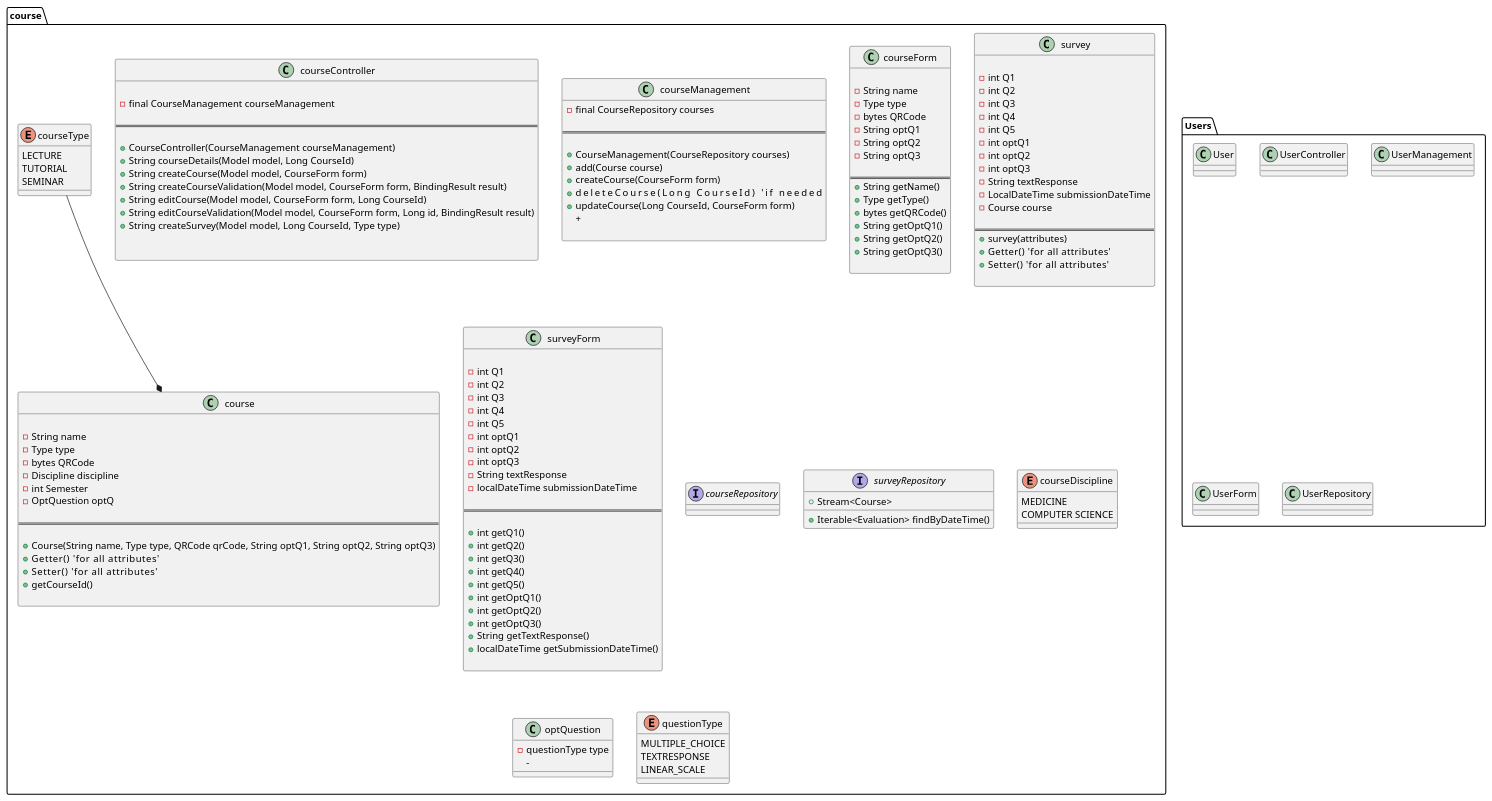
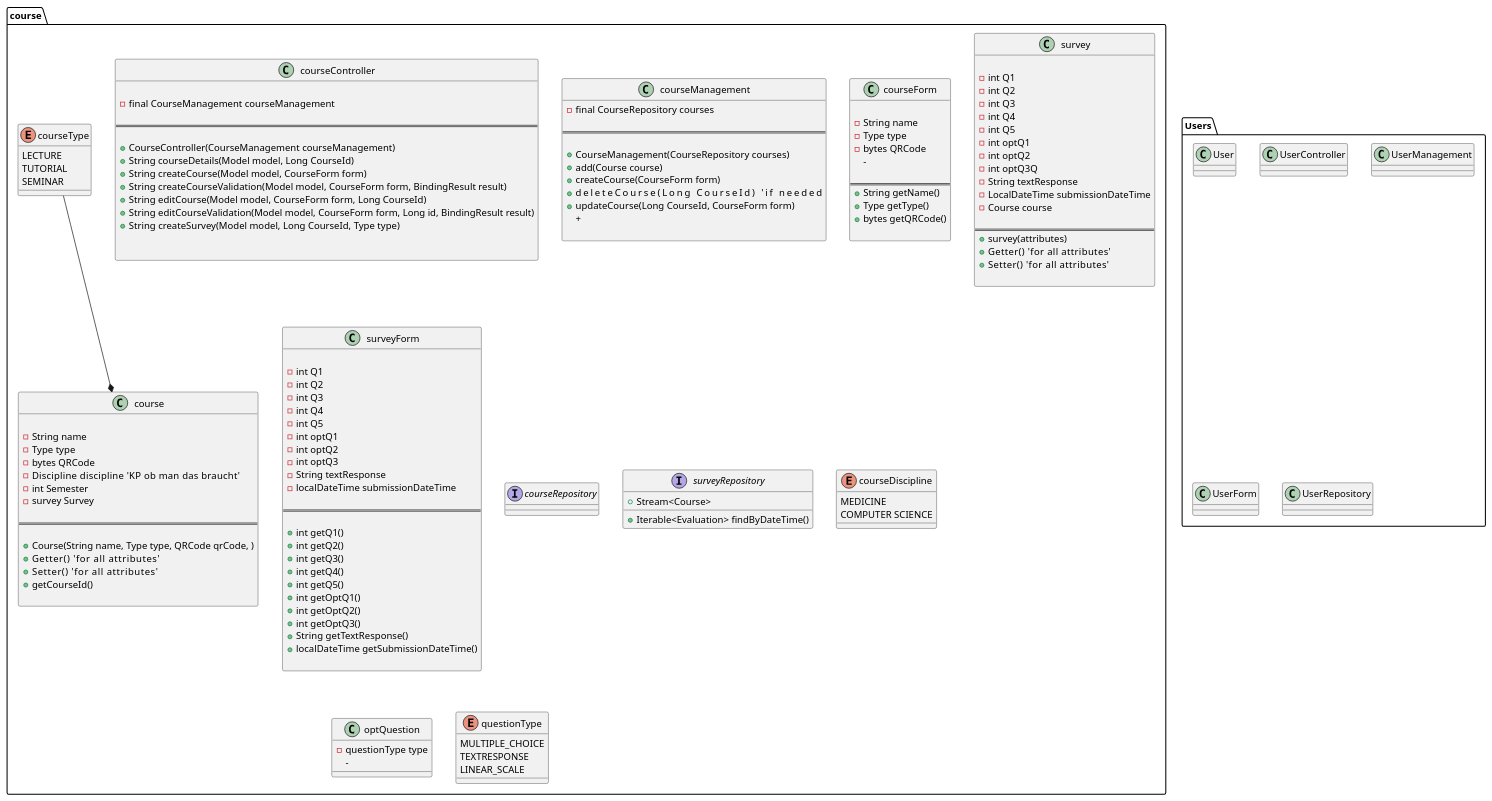
One commit to Elocien/QOVA changed the diagram in src/main/documentation/diagrams/src/architecture_overview.wsd. Above: the diagram before and after it, drawn with PlantUML. The commit also changed 1 other file, not shown here.

```diff
--- a/src/main/documentation/diagrams/src/architecture_overview.wsd
+++ b/src/main/documentation/diagrams/src/architecture_overview.wsd
@@ -29,9 +29,9 @@
         - String name
         - Type type
         - bytes QRCode
-        - Discipline discipline
+        - Discipline discipline     'KP ob man das braucht'
         - int Semester 
-        - OptQuestion optQ 
+        - survey Survey
 
         ' + Long UserId?            Die würde dann beim erstellen mitgegeben werden, damit man dann einen kurs immer
         '                           einen besitzer zuweisen kann. Weiß aber nicht wie das mit den schibole login dann 
@@ -39,7 +39,7 @@
 ==
 
         'Constructor'
-        + Course(String name, Type type, QRCode qrCode, String optQ1, String optQ2, String optQ3)
+        + Course(String name, Type type, QRCode qrCode, )
         + Getter()       'for all attributes' 
         + Setter()       'for all attributes' 
         + getCourseId()
@@ -101,17 +101,12 @@
         - String name
         - Type type
         - bytes QRCode
-        - String optQ1
-        - String optQ2
-        - String optQ3
+        -
 
 ==
         + String getName()
         + Type getType()
         + bytes getQRCode()
-        + String getOptQ1()
-        + String getOptQ2()
-        + String getOptQ3()
 
     }
 
@@ -130,7 +125,7 @@
         - int Q5
         - int optQ1
         - int optQ2
-        - int optQ3
+        - int optQ3Q
         - String textResponse
         - LocalDateTime submissionDateTime
         - Course course          
```
